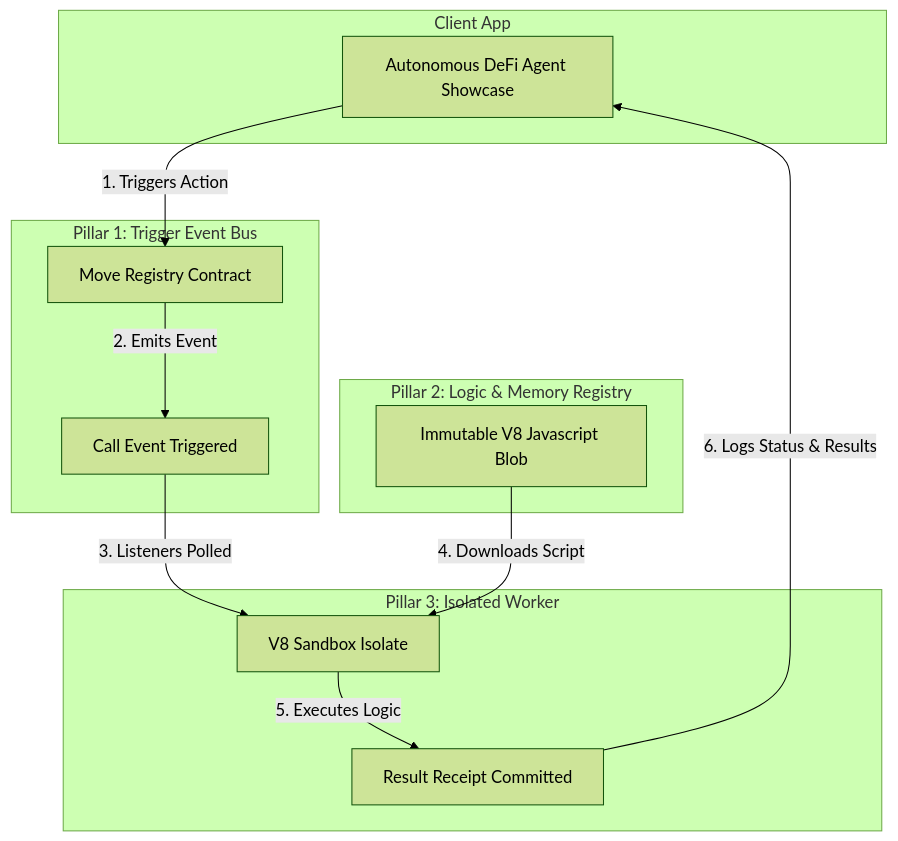
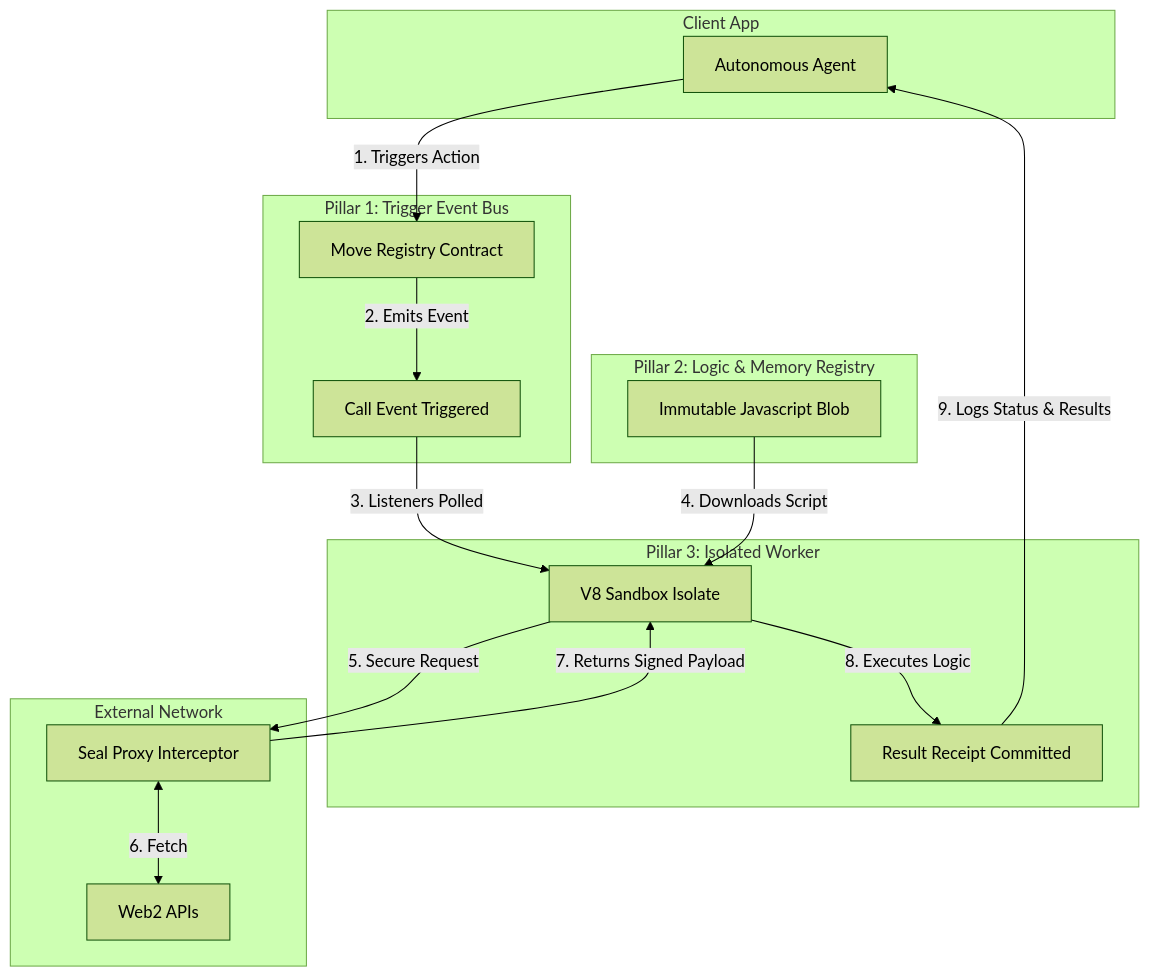
Before and after one commit to Kellie-Brighty/sui-functions: the diagram in README.md, drawn with Mermaid (forest theme).

Commit message:
Update Mermaid diagram with Seal Proxy flow and Walrus Protocol

````diff
--- a/README.md
+++ b/README.md
@@ -36,24 +36,31 @@
 ```mermaid
 graph TD
     subgraph Client App
-        A[Autonomous DeFi Agent Showcase]
+        A[Autonomous Agent]
     end
     subgraph Sui Ledger [Pillar 1: Trigger Event Bus]
         B[Move Registry Contract]
         C[Call Event Triggered]
     end
-    subgraph Walrus Storage [Pillar 2: Logic & Memory Registry]
-        D[Immutable V8 Javascript Blob]
+    subgraph Walrus Protocol [Pillar 2: Logic & Memory Registry]
+        D[Immutable Javascript Blob]
     end
     subgraph Runner Daemon [Pillar 3: Isolated Worker]
         E[V8 Sandbox Isolate]
         F[Result Receipt Committed]
+    end
+    subgraph External Network
+        P[Seal Proxy Interceptor]
+        W[Web2 APIs]
     end
 
     A -->|1. Triggers Action| B
     B -->|2. Emits Event| C
     C -->|3. Listeners Polled| E
     D -->|4. Downloads Script| E
-    E -->|5. Executes Logic| F
-    F -->|6. Logs Status & Results| A
+    E -->|5. Secure Request| P
+    P <-->|6. Fetch| W
+    P -->|7. Returns Signed Payload| E
+    E -->|8. Executes Logic| F
+    F -->|9. Logs Status & Results| A
 ```
````
